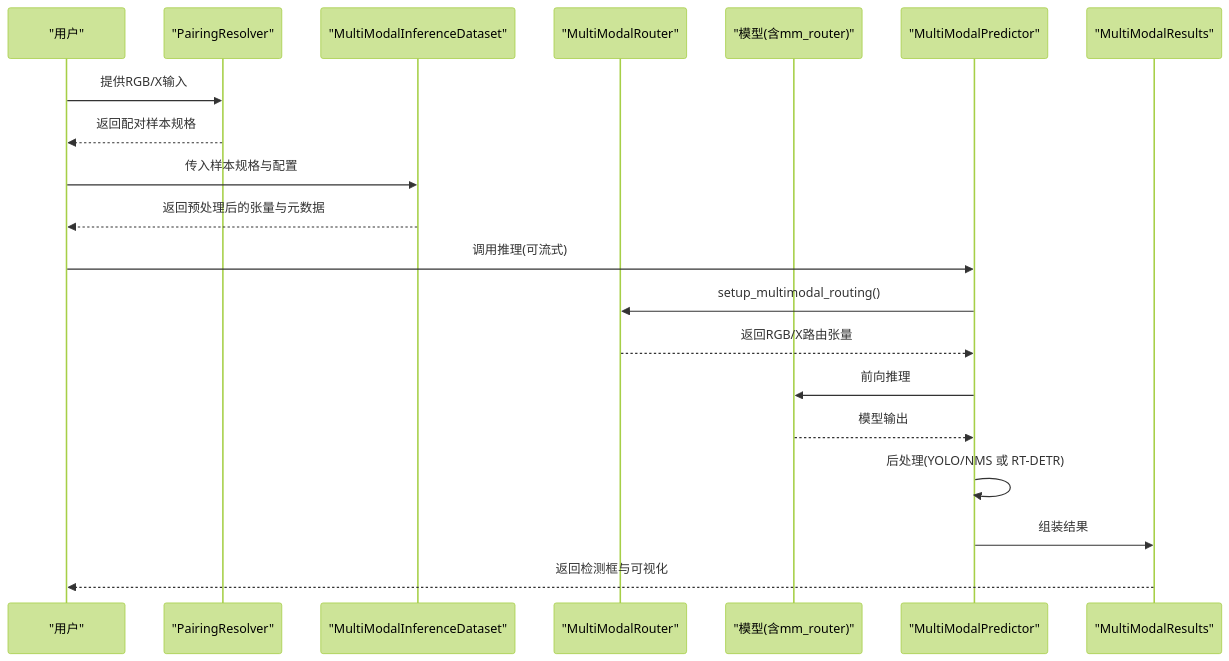
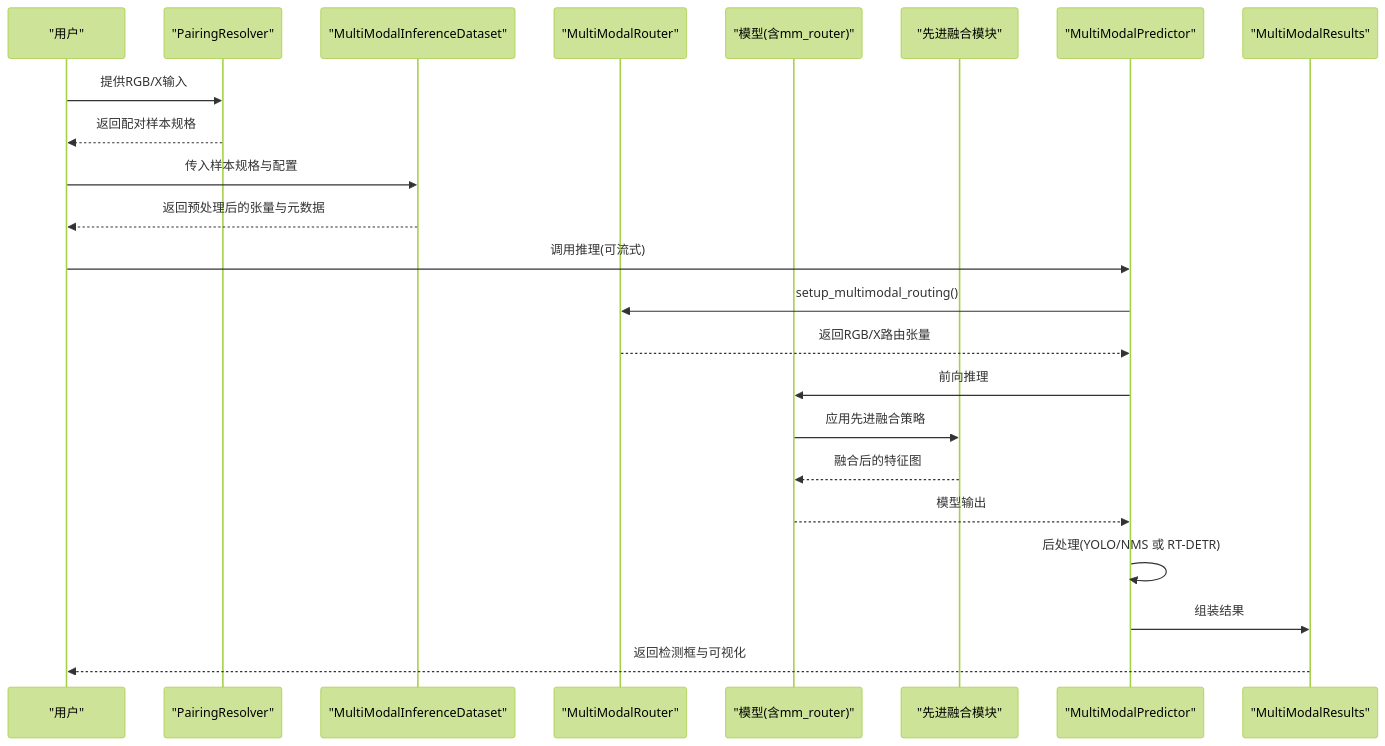
Before and after one commit to 2208754827/MM-IMPROVE: the second of 7 diagrams in .qoder/repowiki/zh/content/核心概念与理论基础/多模态融合理论基础.md, drawn with Mermaid (forest theme). The commit also changed other lines of this file and 151 other files, not shown here.

````diff
--- a/.qoder/repowiki/zh/content/核心概念与理论基础/多模态融合理论基础.md
+++ b/.qoder/repowiki/zh/content/核心概念与理论基础/多模态融合理论基础.md
@@ -101,22 +132,25 @@
 ```mermaid
 sequenceDiagram
 participant U as "用户"
 participant PR as "PairingResolver"
 participant DS as "MultiModalInferenceDataset"
 participant RT as "MultiModalRouter"
 participant M as "模型(含mm_router)"
+participant AFM as "先进融合模块"
 participant PD as "MultiModalPredictor"
 participant RS as "MultiModalResults"
 U->>PR : 提供RGB/X输入
 PR-->>U : 返回配对样本规格
 U->>DS : 传入样本规格与配置
 DS-->>U : 返回预处理后的张量与元数据
 U->>PD : 调用推理(可流式)
 PD->>RT : setup_multimodal_routing()
 RT-->>PD : 返回RGB/X路由张量
 PD->>M : 前向推理
+M->>AFM : 应用先进融合策略
+AFM-->>M : 融合后的特征图
 M-->>PD : 模型输出
 PD->>PD : 后处理(YOLO/NMS 或 RT-DETR)
 PD->>RS : 组装结果
 RS-->>U : 返回检测框与可视化
 ```
````
